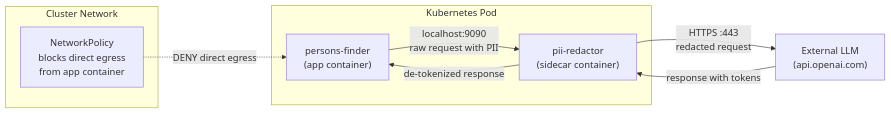
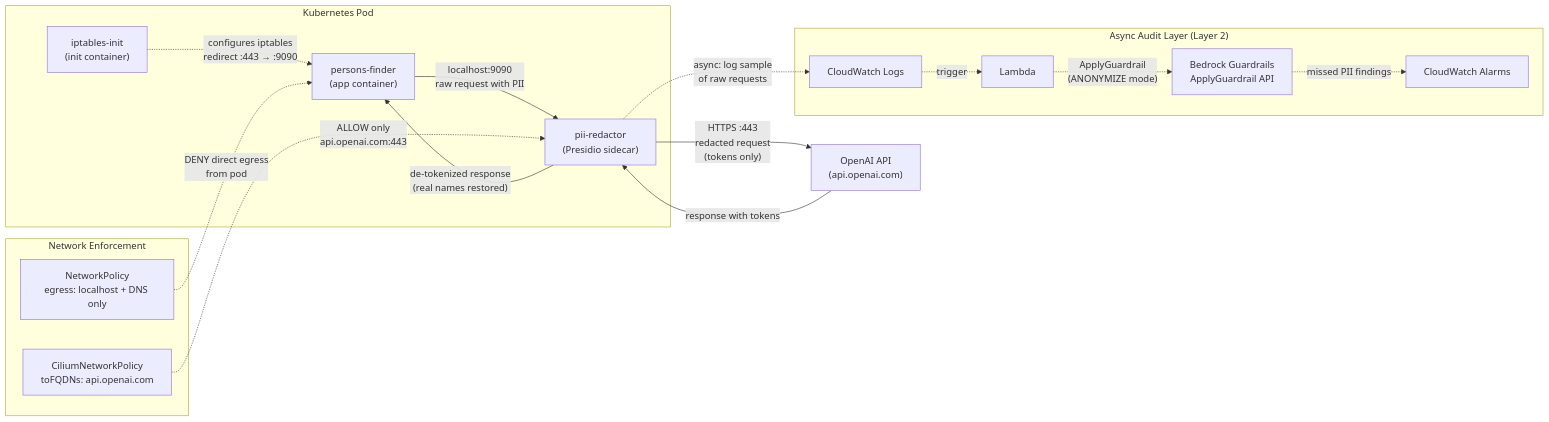
One commit to rni34/persons-finder-devops changed the diagram in ARCHITECTURE.md. Above: the diagram before and after it, drawn with Mermaid. The commit also changed other lines of this file and 12 other files, not shown here.

````diff
--- a/ARCHITECTURE.md
+++ b/ARCHITECTURE.md
@@ -13,20 +54,36 @@
 ```mermaid
 flowchart LR
     subgraph Pod["Kubernetes Pod"]
+        Init["iptables-init<br/>(init container)"]
         App["persons-finder<br/>(app container)"]
-        Sidecar["pii-redactor<br/>(sidecar container)"]
+        Sidecar["pii-redactor<br/>(Presidio sidecar)"]
     end
 
-    subgraph Cluster["Cluster Network"]
-        NP["NetworkPolicy<br/>blocks direct egress<br/>from app container"]
+    subgraph NetworkLayer["Network Enforcement"]
+        NP["NetworkPolicy<br/>egress: localhost + DNS only"]
+        Cilium["CiliumNetworkPolicy<br/>toFQDNs: api.openai.com"]
     end
 
-    LLM["External LLM<br/>(api.openai.com)"]
+    subgraph AuditLayer["Async Audit Layer (Layer 2)"]
+        CWL["CloudWatch Logs"]
+        Lambda["Lambda"]
+        BG["Bedrock Guardrails<br/>ApplyGuardrail API"]
+        CWA["CloudWatch Alarms"]
+    end
 
+    LLM["OpenAI API<br/>(api.openai.com)"]
+
+    Init -. "configures iptables<br/>redirect :443 → :9090" .-> App
     App -- "localhost:9090<br/>raw request with PII" --> Sidecar
-    Sidecar -- "HTTPS :443<br/>redacted request" --> LLM
+    Sidecar -- "HTTPS :443<br/>redacted request<br/>(tokens only)" --> LLM
     LLM -- "response with tokens" --> Sidecar
-    Sidecar -- "de-tokenized response" --> App
+    Sidecar -- "de-tokenized response<br/>(real names restored)" --> App
 
-    NP -. "DENY direct egress" .-> App
+    NP -. "DENY direct egress<br/>from pod" .-> App
+    Cilium -. "ALLOW only<br/>api.openai.com:443" .-> Sidecar
+
+    Sidecar -. "async: log sample<br/>of raw requests" .-> CWL
+    CWL -. "trigger" .-> Lambda
+    Lambda -. "ApplyGuardrail<br/>(ANONYMIZE mode)" .-> BG
+    BG -. "missed PII findings" .-> CWA
 ```
````
